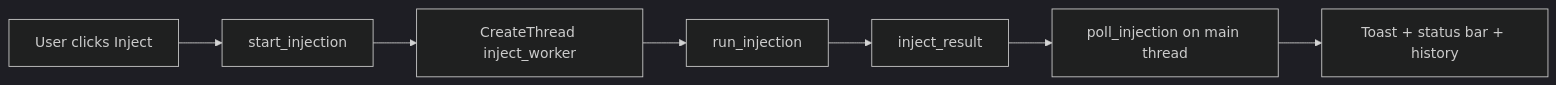
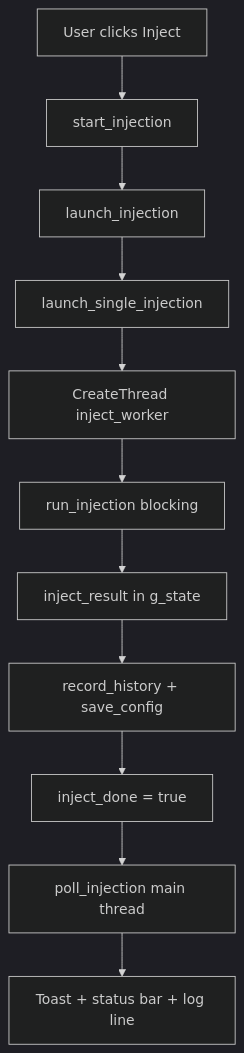
One commit to LucasZhang3/ManualMapper changed the third of 3 diagrams in docs/gui-application.md. Above: the diagram before and after it, drawn with Mermaid (dark theme). The commit also changed other lines of this file and 19 other files, not shown here.

````diff
--- a/docs/gui-application.md
+++ b/docs/gui-application.md
@@ -251,9 +375,13 @@
 ```mermaid
-flowchart LR
+flowchart TD
     A[User clicks Inject] --> B[start_injection]
-    B --> C[CreateThread inject_worker]
-    C --> D[run_injection]
-    D --> E[inject_result]
-    E --> F[poll_injection on main thread]
-    F --> G[Toast + status bar + history]
+    B --> C[launch_injection]
+    C --> D[launch_single_injection]
+    D --> E[CreateThread inject_worker]
+    E --> F[run_injection blocking]
+    F --> G[inject_result in g_state]
+    G --> H[record_history + save_config]
+    H --> I[inject_done = true]
+    I --> J[poll_injection main thread]
+    J --> K[Toast + status bar + log line]
 ```
````
